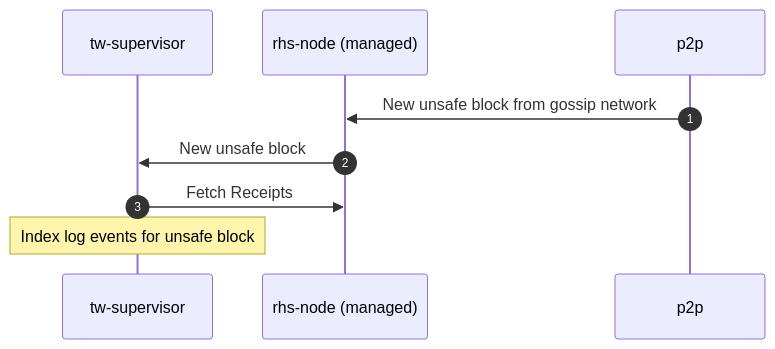
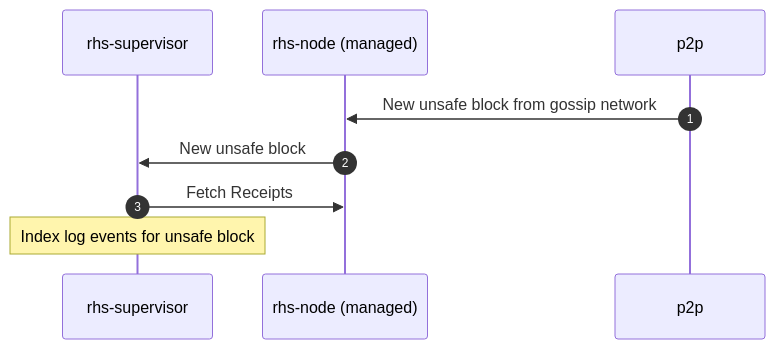
The third of 4 diagrams in rhs-supervisor/README.md (roothash-pay/roothash-chain), drawn with Mermaid before and after one commit. The commit also changed other lines of this file and 48 other files, not shown here.

````diff
--- a/rhs-supervisor/README.md
+++ b/rhs-supervisor/README.md
@@ -167,14 +167,14 @@
 ```mermaid
 sequenceDiagram
 autonumber
 
-participant super as tw-supervisor
+participant super as rhs-supervisor
 participant node as rhs-node (managed)
 participant p2p as p2p
 
 p2p ->> node: New unsafe block from gossip network
 node ->> super: New unsafe block
 
 super ->> node: Fetch Receipts
 Note over super: Index log events for unsafe block
 ```
````
